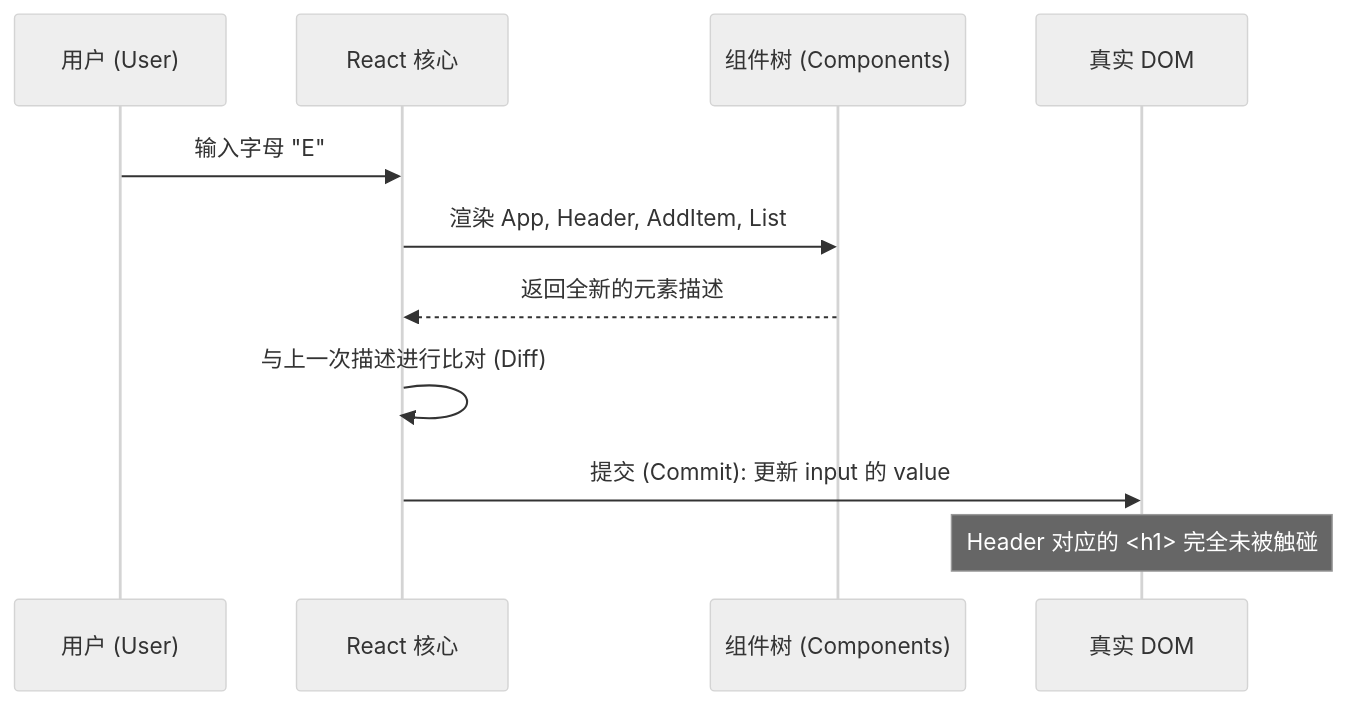
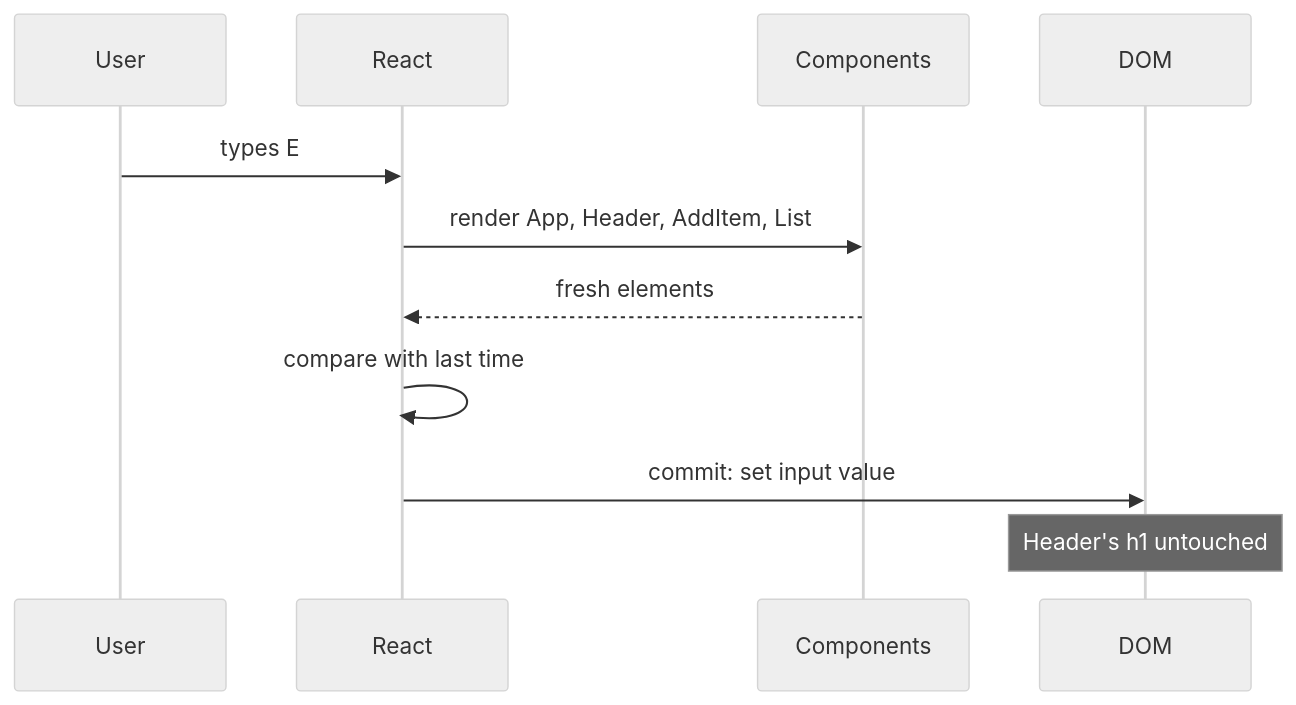
The second of 2 diagrams in content/react-concepts/03 What Rendering Really Means.md (ZhaoTim/react-garden-zh), drawn with Mermaid (neutral theme) before and after one commit. The commit also changed other lines of this file and 12 other files, not shown here.

Commit message:
fix: restore all Mermaid diagrams to original English technical terms

````diff
--- a/content/react-concepts/03 What Rendering Really Means.md
+++ b/content/react-concepts/03 What Rendering Really Means.md
@@ -91,13 +91,13 @@
 ```mermaid
 sequenceDiagram
-    participant U as 用户 (User)
-    participant R as React 核心
-    participant C as 组件树 (Components)
-    participant D as 真实 DOM
-    U->>R: 输入字母 "E"
-    R->>C: 渲染 App, Header, AddItem, List
-    C-->>R: 返回全新的元素描述
-    R->>R: 与上一次描述进行比对 (Diff)
-    R->>D: 提交 (Commit): 更新 input 的 value
-    Note over D: Header 对应的 <h1> 完全未被触碰
+    participant U as User
+    participant R as React
+    participant C as Components
+    participant D as DOM
+    U->>R: types E
+    R->>C: render App, Header, AddItem, List
+    C-->>R: fresh elements
+    R->>R: compare with last time
+    R->>D: commit: set input value
+    Note over D: Header's h1 untouched
 ```
````
